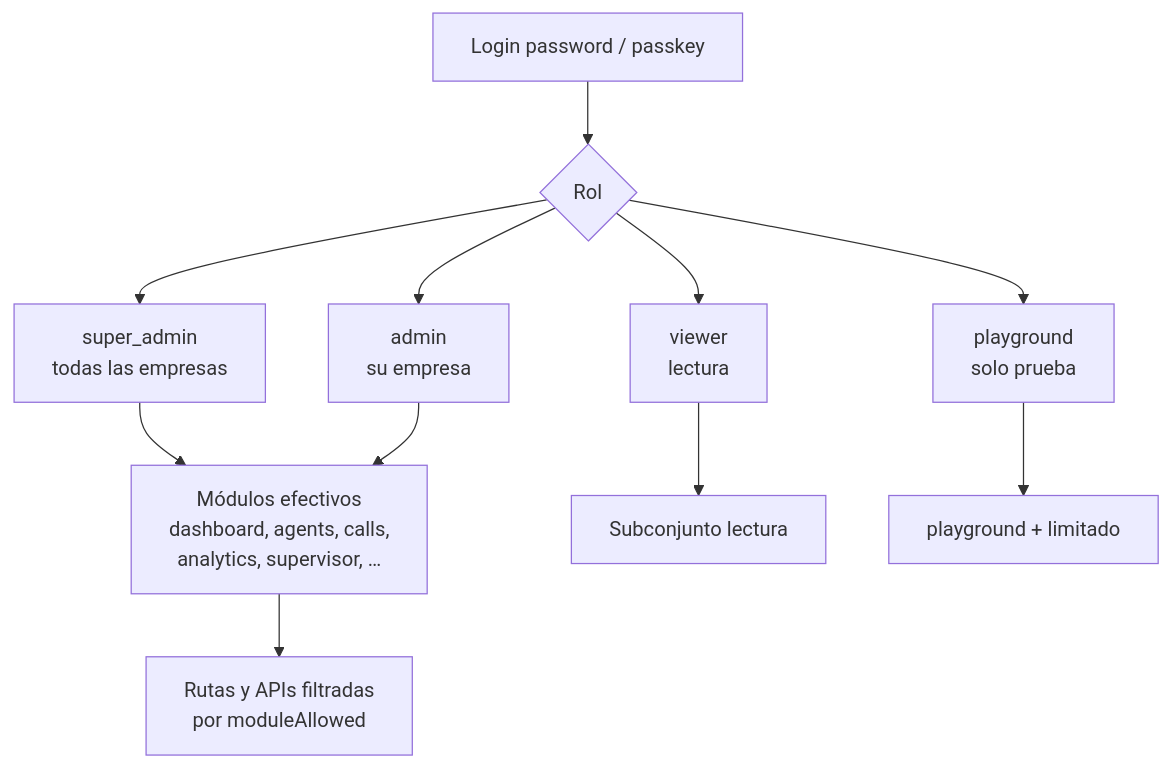
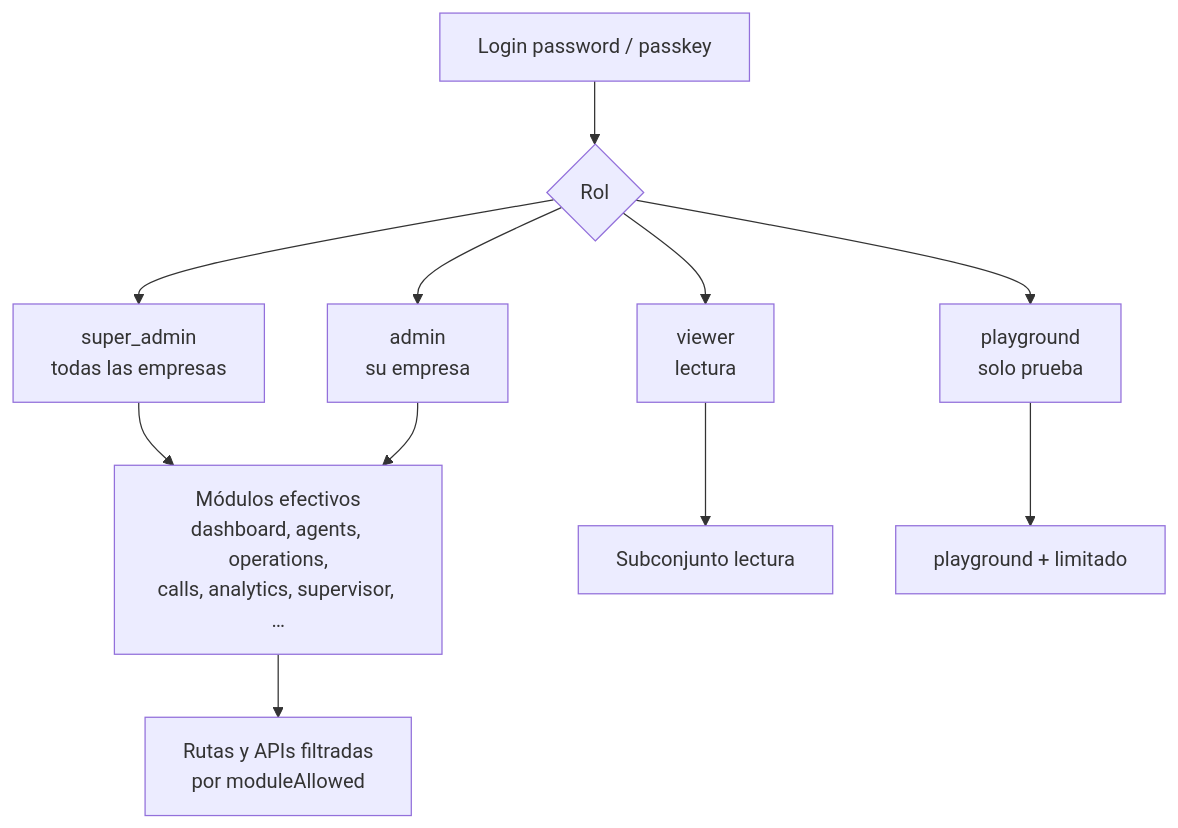
Diagram 18 of 20 in docs/FLUJOS_OPERATIVOS.md (Zombie10/CallManagement), drawn with Mermaid before and after one commit. The commit also changed other lines of this file and 7 other files, not shown here.

````diff
--- a/docs/FLUJOS_OPERATIVOS.md
+++ b/docs/FLUJOS_OPERATIVOS.md
@@ -546,15 +537,15 @@
 ```mermaid
 flowchart TD
   LOGIN["Login password / passkey"] --> ROLE{"Rol"}
   ROLE --> SA["super_admin<br/>todas las empresas"]
   ROLE --> AD["admin<br/>su empresa"]
   ROLE --> VW["viewer<br/>lectura"]
   ROLE --> PG["playground<br/>solo prueba"]
 
-  SA --> MOD["Módulos efectivos<br/>dashboard, agents, calls,<br/>analytics, supervisor, …"]
+  SA --> MOD["Módulos efectivos<br/>dashboard, agents, operations,<br/>calls, analytics, supervisor, …"]
   AD --> MOD
   VW --> MOD2["Subconjunto lectura"]
   PG --> MOD3["playground + limitado"]
 
   MOD --> UI["Rutas y APIs filtradas<br/>por moduleAllowed"]
 ```
````
